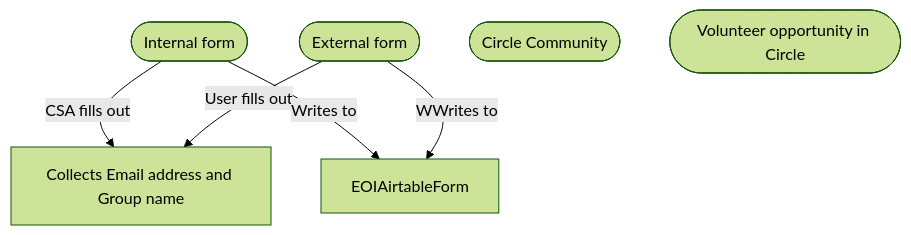
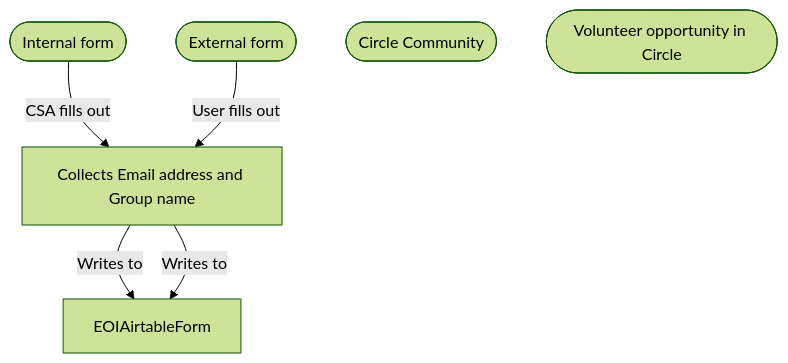
Before and after one commit to CloudSecurityAlliance/CSA-IT-Operations: the diagram in projects/WG-automation/diagram.md, drawn with Mermaid (forest theme).

````diff
--- a/projects/WG-automation/diagram.md
+++ b/projects/WG-automation/diagram.md
@@ -1,24 +1,24 @@
 ```mermaid
 graph TD;
 
 
 internalForm([Internal form])
 
 externalForm([External form])
 %% requires email validation, e.g. Google forms "Collect email addresses Respondents will be required to sign in to Google"
 
 joinCommunity([Circle Community])
 joinVolunteer([Volunteer opportunity in Circle])
 
 internalForm --> |CSA fills out| collectEmailAndGroup[Collects Email address and Group name]
 externalForm --> |User fills out| collectEmailAndGroup[Collects Email address and Group name]
 
-internalForm -->  |Writes to| EOIAirtableForm[EOIAirtableForm]
-externalForm --> |WWrites to| EOIAirtableForm[EOIAirtableForm]
+collectEmailAndGroup -->  |Writes to| EOIAirtableForm[EOIAirtableForm]
+collectEmailAndGroup --> |Writes to| EOIAirtableForm[EOIAirtableForm]
 
 %% internalForm -->|collects|Email and community name[Email and community name]
 %% externalForm -->|collects|Email and community name[Email and community name]
 %% joinCommunity -->|Reports|ContactKey and CommunityKey[ContactKey and CommunityKey]
 %% joinVolunteer -->|Reports|ContactKey and CommunityKey[ContactKey and CommunityKey]
 
 ```
````
